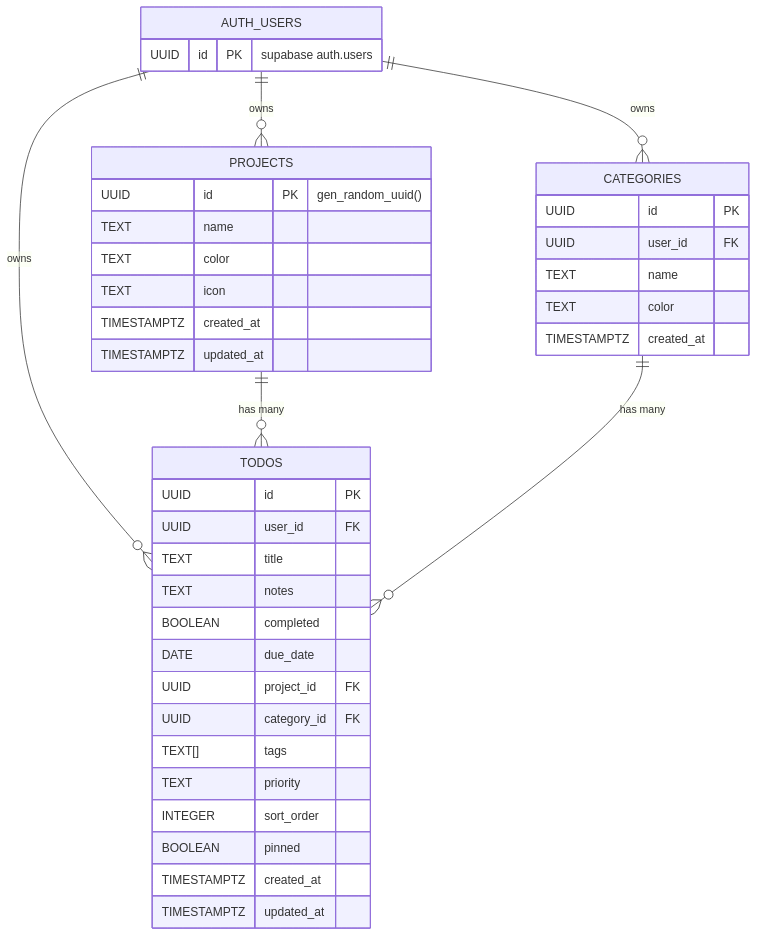
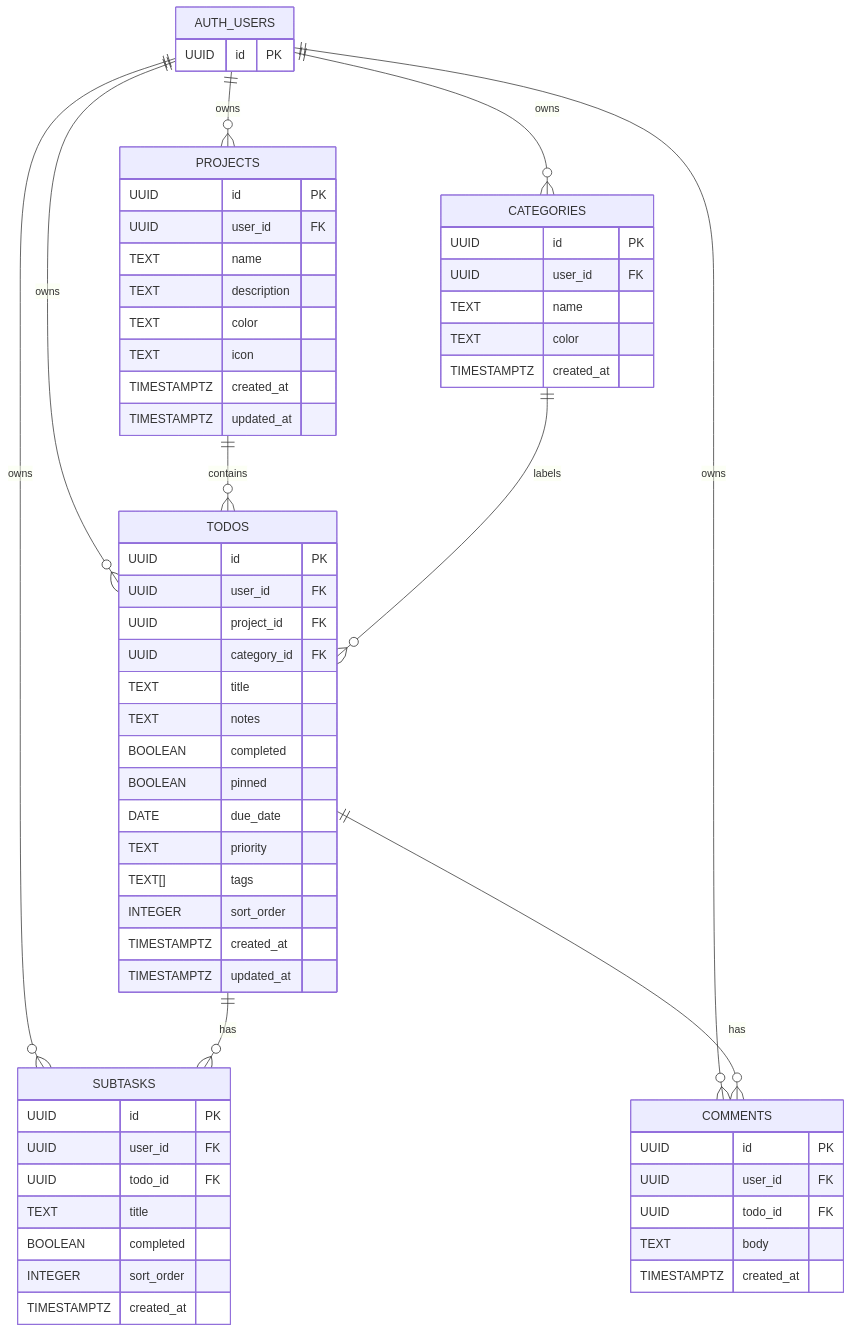
Before and after one commit to jude-n/upnext: the diagram in README.md, drawn with Mermaid. The commit also changed other lines of this file and 6 other files, not shown here.

````diff
--- a/README.md
+++ b/README.md
@@ -26,46 +25,65 @@
 ```mermaid
 erDiagram
     AUTH_USERS {
-        UUID id PK "supabase auth.users"
+        UUID id PK
     }
-
     PROJECTS {
-        UUID id PK "gen_random_uuid()"
+        UUID id PK
+        UUID user_id FK
         TEXT name
+        TEXT description
         TEXT color
         TEXT icon
         TIMESTAMPTZ created_at
         TIMESTAMPTZ updated_at
     }
-
     CATEGORIES {
         UUID id PK
         UUID user_id FK
         TEXT name
         TEXT color
         TIMESTAMPTZ created_at
     }
-
     TODOS {
         UUID id PK
         UUID user_id FK
+        UUID project_id FK
+        UUID category_id FK
         TEXT title
         TEXT notes
         BOOLEAN completed
+        BOOLEAN pinned
         DATE due_date
-        UUID project_id FK
-        UUID category_id FK
+        TEXT priority
         TEXT[] tags
-        TEXT priority
         INTEGER sort_order
-        BOOLEAN pinned
         TIMESTAMPTZ created_at
         TIMESTAMPTZ updated_at
     }
+    SUBTASKS {
+        UUID id PK
+        UUID user_id FK
+        UUID todo_id FK
+        TEXT title
+        BOOLEAN completed
+        INTEGER sort_order
+        TIMESTAMPTZ created_at
+    }
+    COMMENTS {
+        UUID id PK
+        UUID user_id FK
+        UUID todo_id FK
+        TEXT body
+        TIMESTAMPTZ created_at
+    }
 
-    AUTH_USERS ||--o{ PROJECTS : "owns"
-    AUTH_USERS ||--o{ CATEGORIES : "owns"
-    AUTH_USERS ||--o{ TODOS : "owns"
-    PROJECTS ||--o{ TODOS : "has many"
-    CATEGORIES ||--o{ TODOS : "has many"
+    AUTH_USERS ||--o{ PROJECTS   : owns
+    AUTH_USERS ||--o{ CATEGORIES : owns
+    AUTH_USERS ||--o{ TODOS      : owns
+    AUTH_USERS ||--o{ SUBTASKS   : owns
+    AUTH_USERS ||--o{ COMMENTS   : owns
+    PROJECTS   ||--o{ TODOS      : contains
+    CATEGORIES ||--o{ TODOS      : labels
+    TODOS      ||--o{ SUBTASKS   : has
+    TODOS      ||--o{ COMMENTS   : has
 ```
````
